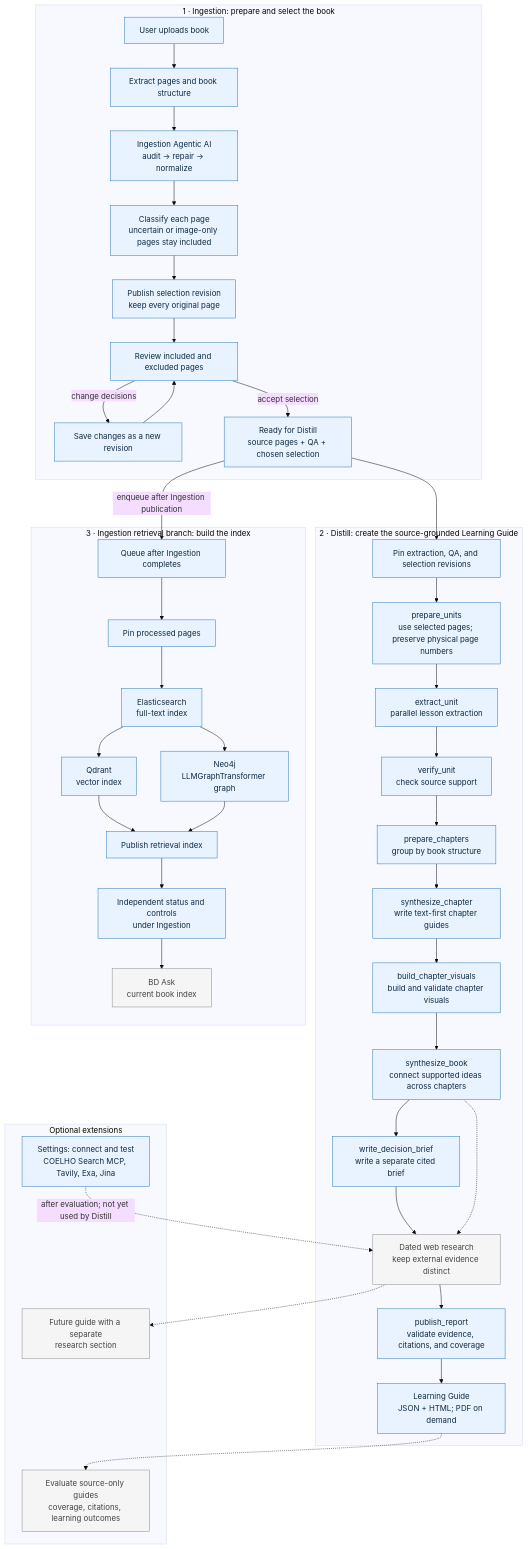
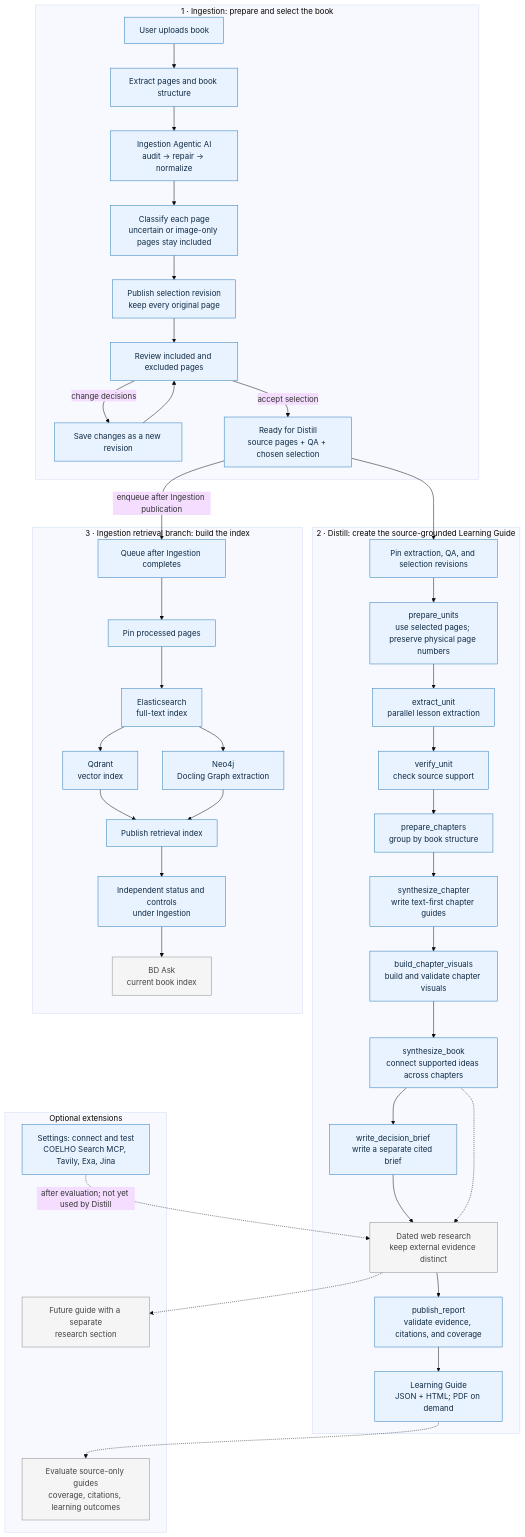
Before and after one commit to rafaelcoelho1409/COELHONexus: the diagram in docs/BD-DISTILL-AGENTIC-AI-FLOWCHART.md, drawn with Mermaid (base theme). The commit also changed 275 other files, not shown here.

````diff
--- a/docs/BD-DISTILL-AGENTIC-AI-FLOWCHART.md
+++ b/docs/BD-DISTILL-AGENTIC-AI-FLOWCHART.md
@@ -5,73 +5,73 @@
 ```mermaid
 flowchart TB
   subgraph ING["1 · Ingestion: prepare and select the book"]
     UP["User uploads book"]
     EXT["Extract pages and book structure"]
     QA["Ingestion Agentic AI<br/>audit → repair → normalize"]
     CLASS["Classify each page<br/>uncertain or image-only pages stay included"]
     MAN["Publish selection revision<br/>keep every original page"]
     REVIEW["Review included and excluded pages"]
     REV["Save changes as a new revision"]
     READY["Ready for Distill<br/>source pages + QA + chosen selection"]
 
     UP --> EXT --> QA --> CLASS --> MAN --> REVIEW
     REVIEW -->|"change decisions"| REV --> REVIEW
     REVIEW -->|"accept selection"| READY
   end
 
   subgraph DIS["2 · Distill: create the source-grounded Learning Guide"]
     PIN["Pin extraction, QA, and selection revisions"]
     PREP["prepare_units<br/>use selected pages; preserve physical page numbers"]
     UNITS["extract_unit<br/>parallel lesson extraction"]
     VERIFY["verify_unit<br/>check source support"]
     CHAPTERS["prepare_chapters<br/>group by book structure"]
     SYNCH["synthesize_chapter<br/>write text-first chapter guides"]
     VISUALS["build_chapter_visuals<br/>build and validate chapter visuals"]
     SYNBOOK["synthesize_book<br/>connect supported ideas across chapters"]
     BRIEF["write_decision_brief<br/>write a separate cited brief"]
     RESEARCH["research_context<br/>optional, separately attributed context"]
     PUBLISH["publish_report<br/>validate evidence, citations, and coverage"]
     GUIDE["Learning Guide<br/>JSON + HTML; PDF on demand"]
 
     PIN --> PREP --> UNITS --> VERIFY --> CHAPTERS --> SYNCH --> VISUALS --> SYNBOOK --> BRIEF --> RESEARCH --> PUBLISH --> GUIDE
   end
 
   READY --> PIN
 
   subgraph RAG["3 · Ingestion retrieval branch: build the index"]
     QUEUE["Queue after Ingestion completes"]
     BUILD["Pin processed pages"]
     ES["Elasticsearch<br/>full-text index"]
     QDRANT["Qdrant<br/>vector index"]
-    NEO4J["Neo4j<br/>LLMGraphTransformer graph"]
+    NEO4J["Neo4j<br/>Docling Graph extraction"]
     PUBLISH_RAG["Publish retrieval index"]
     STATUS["Independent status and controls<br/>under Ingestion"]
     CHAT["BD Ask<br/>current book index"]
 
     QUEUE --> BUILD --> ES
     ES --> QDRANT
     ES --> NEO4J
     QDRANT --> PUBLISH_RAG
     NEO4J --> PUBLISH_RAG
     PUBLISH_RAG --> STATUS --> CHAT
   end
 
   READY -->|"enqueue after Ingestion publication"| QUEUE
 
   subgraph LATER["Optional extensions"]
     SETTINGS["Settings: connect and test<br/>COELHO Search MCP, Tavily, Exa, Jina"]
     EVAL["Evaluate source-only guides<br/>coverage, citations, learning outcomes"]
     RESEARCH["Dated web research<br/>keep external evidence distinct"]
     FUTURE["Future guide with a separate<br/>research section"]
   end
 
   GUIDE -.-> EVAL
   SETTINGS -.->|"after evaluation; not yet used by Distill"| RESEARCH
   SYNBOOK -.-> RESEARCH
   RESEARCH -.-> FUTURE
 
   classDef current fill:#e8f3ff,stroke:#2878b8,color:#102a43
   classDef later fill:#f5f5f5,stroke:#8a8a8a,color:#444
   class UP,EXT,QA,CLASS,MAN,REVIEW,REV,READY,PIN,PREP,UNITS,VERIFY,CHAPTERS,SYNCH,VISUALS,SYNBOOK,BRIEF,RESEARCH,PUBLISH,GUIDE,QUEUE,BUILD,ES,QDRANT,NEO4J,PUBLISH_RAG,STATUS,SETTINGS current
   class CHAT,EVAL,RESEARCH,FUTURE later
 ```
````
